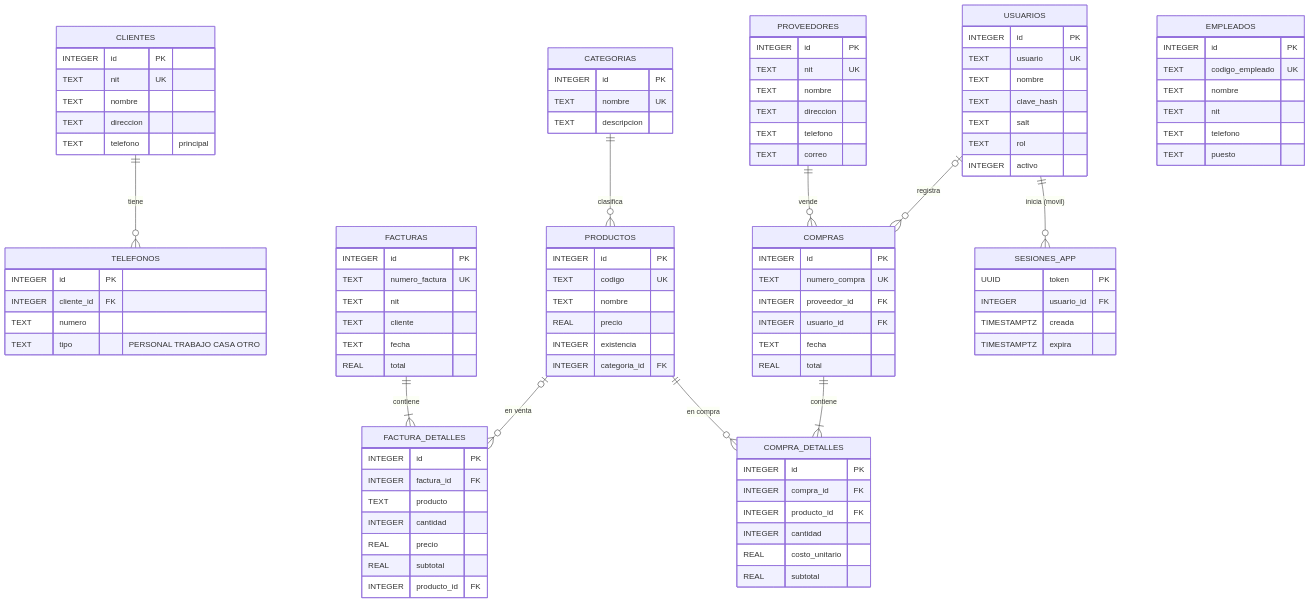
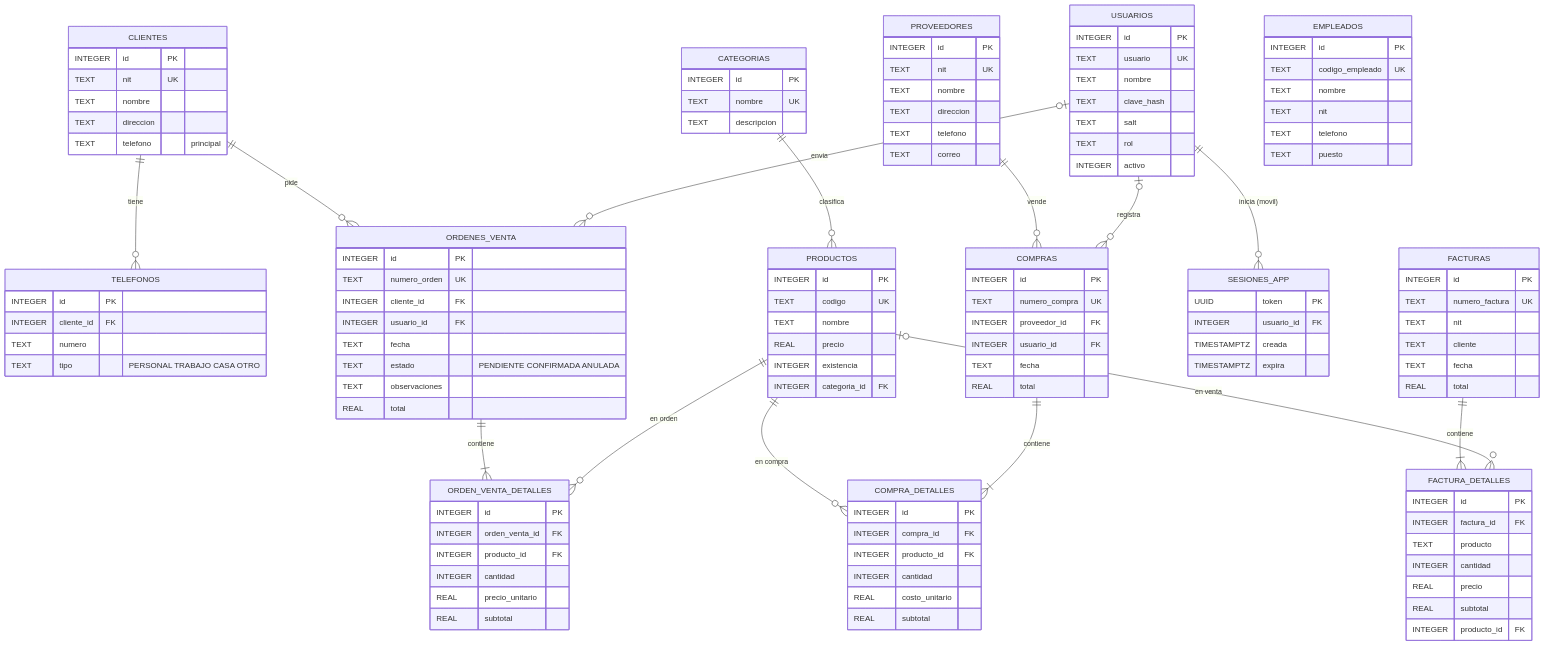
One commit to jzetinob/sistema-ventas changed the diagram in docs/diagramas/diagrama-entidad-relacion.md. Above: the diagram before and after it, drawn with Mermaid. The commit also changed other lines of this file and 47 other files, not shown here.

First line of the commit message:
Tarea final: ordenes de venta desde Android por la API REST de Supabase

````diff
--- a/docs/diagramas/diagrama-entidad-relacion.md
+++ b/docs/diagramas/diagrama-entidad-relacion.md
@@ -15,6 +15,10 @@
     FACTURAS ||--|{ FACTURA_DETALLES : "contiene"
     PRODUCTOS |o--o{ FACTURA_DETALLES : "en venta"
     USUARIOS ||--o{ SESIONES_APP : "inicia (movil)"
+    CLIENTES ||--o{ ORDENES_VENTA : "pide"
+    USUARIOS |o--o{ ORDENES_VENTA : "envia"
+    ORDENES_VENTA ||--|{ ORDEN_VENTA_DETALLES : "contiene"
+    PRODUCTOS ||--o{ ORDEN_VENTA_DETALLES : "en orden"
 
     CATEGORIAS {
         INTEGER id PK
@@ -106,4 +110,22 @@
         TIMESTAMPTZ creada
         TIMESTAMPTZ expira
     }
+    ORDENES_VENTA {
+        INTEGER id PK
+        TEXT numero_orden UK
+        INTEGER cliente_id FK
+        INTEGER usuario_id FK
+        TEXT fecha
+        TEXT estado "PENDIENTE CONFIRMADA ANULADA"
+        TEXT observaciones
+        REAL total
+    }
+    ORDEN_VENTA_DETALLES {
+        INTEGER id PK
+        INTEGER orden_venta_id FK
+        INTEGER producto_id FK
+        INTEGER cantidad
+        REAL precio_unitario
+        REAL subtotal
+    }
 ```
````
